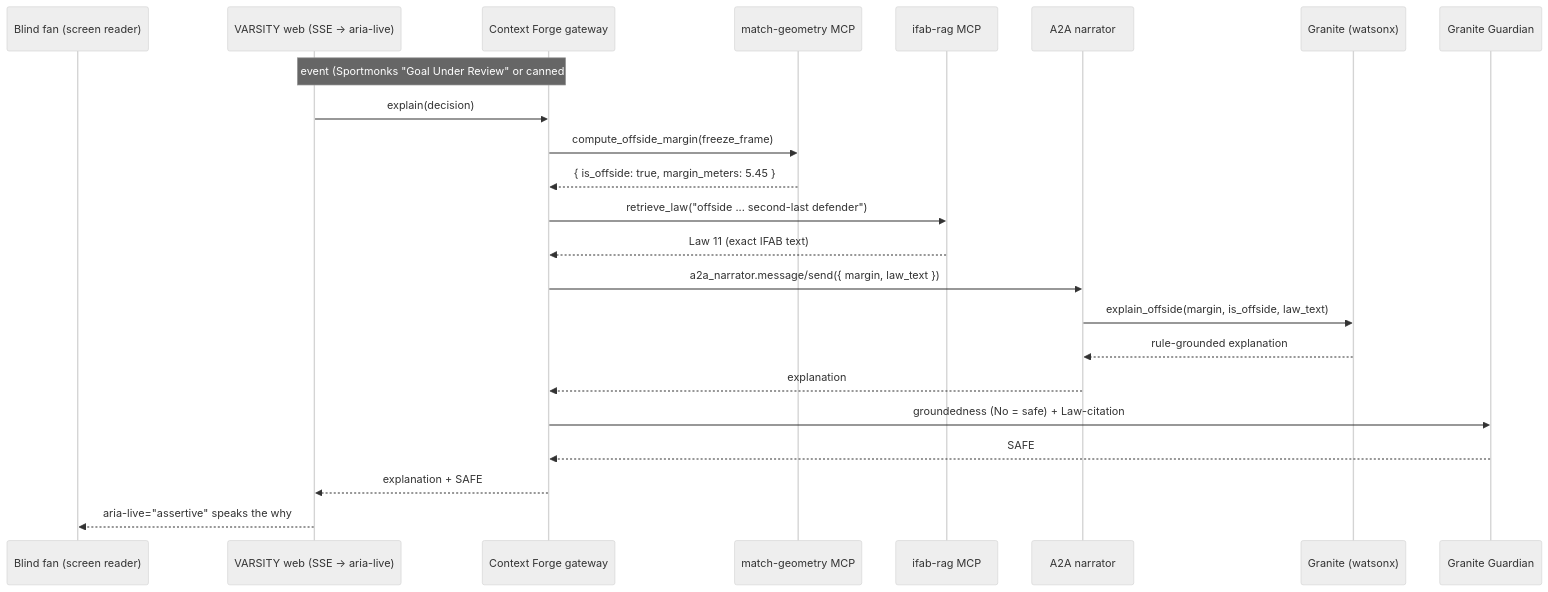
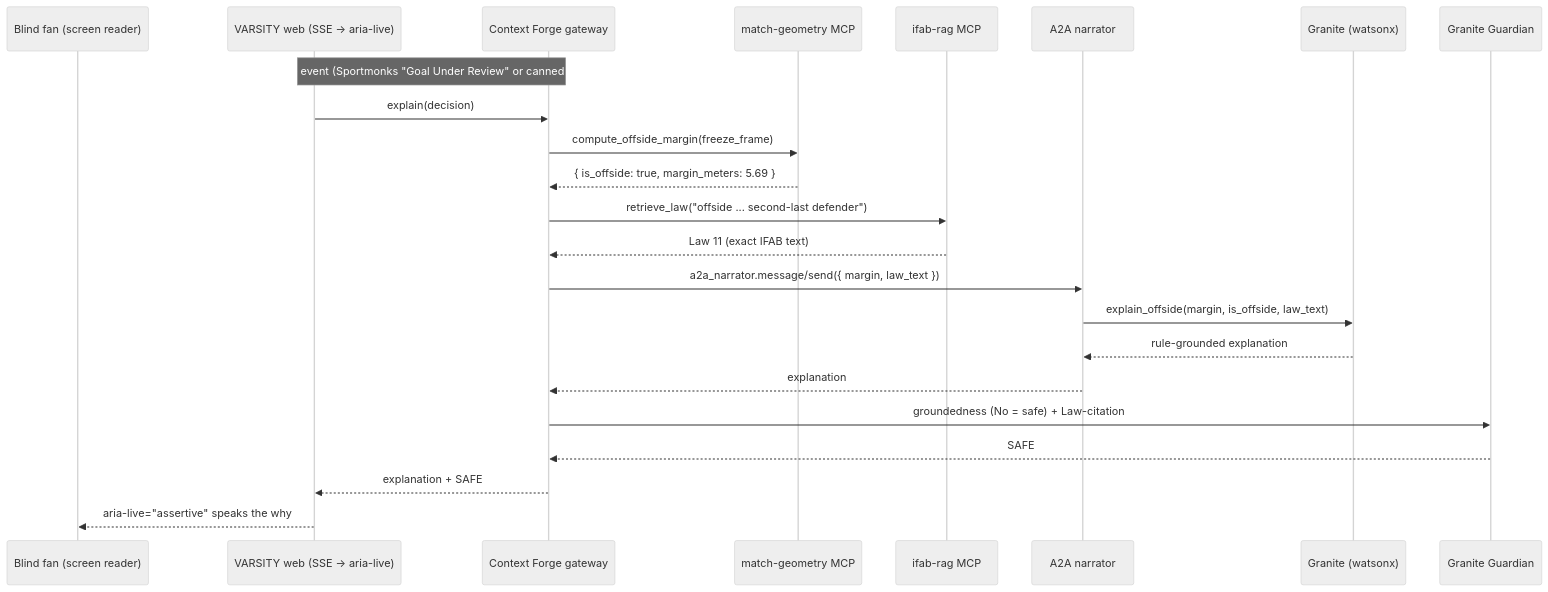
Before and after one commit to StephenSook/varsity: the diagram in docs/federation.md, drawn with Mermaid (neutral theme). The commit also changed 1 other file, not shown here.

Commit message:
docs(readme): judging-criteria-map capstone + new-wave rows + fix stale 5.45 -> 5.69
Phase 4 of the galaxy finish. The README now leads with a "How VARSITY maps to the
judging criteria" table mapping each of the four rubric criteria (Technical Execution,
Innovation, Challenge Fit, Implementation & Feasibility) to evidence a judge can run
LIVE against the deployment, with the exact endpoints + numbers.

Also folds the session's waves into the capability-honesty table (multi-critic
verification, calibrated uncertainty + ECE/Brier, SHA-256 corpus signing, oracle HAP/
injection hardening, per-class faithfulness + ALCE, the multi-decision oracle, the
live-feed resilience layer, the 3-tier on-device ladder).

Fixes the audit's findings: the stale offside margin 5.45 -> 5.69 m (the yards-corrected
geometry) in README + docs/federation.md, the wrong proof citation (now the real fixture
+ the live /scenarios endpoint, not the synthetic-frame test), and the eval-table honesty
(BM25 is the committed CI artifact; the embeddings figures were measured online).
AI-tone clean.

````diff
--- a/docs/federation.md
+++ b/docs/federation.md
@@ -22,26 +22,26 @@
 ```mermaid
 sequenceDiagram
     participant Fan as Blind fan (screen reader)
     participant Web as VARSITY web (SSE -> aria-live)
     participant CF as Context Forge gateway
     participant Geo as match-geometry MCP
     participant RAG as ifab-rag MCP
     participant Narr as A2A narrator
     participant G as Granite (watsonx)
     participant Guard as Granite Guardian
 
     Note over Web,CF: VAR offside event (Sportmonks "Goal Under Review" or canned 360 frame)
     Web->>CF: explain(decision)
     CF->>Geo: compute_offside_margin(freeze_frame)
-    Geo-->>CF: { is_offside: true, margin_meters: 5.45 }
+    Geo-->>CF: { is_offside: true, margin_meters: 5.69 }
     CF->>RAG: retrieve_law("offside ... second-last defender")
     RAG-->>CF: Law 11 (exact IFAB text)
     CF->>Narr: a2a_narrator.message/send({ margin, law_text })
     Narr->>G: explain_offside(margin, is_offside, law_text)
     G-->>Narr: rule-grounded explanation
     Narr-->>CF: explanation
     CF->>Guard: groundedness (No = safe) + Law-citation
     Guard-->>CF: SAFE
     CF-->>Web: explanation + SAFE
     Web-->>Fan: aria-live="assertive" speaks the why
 ```
````
